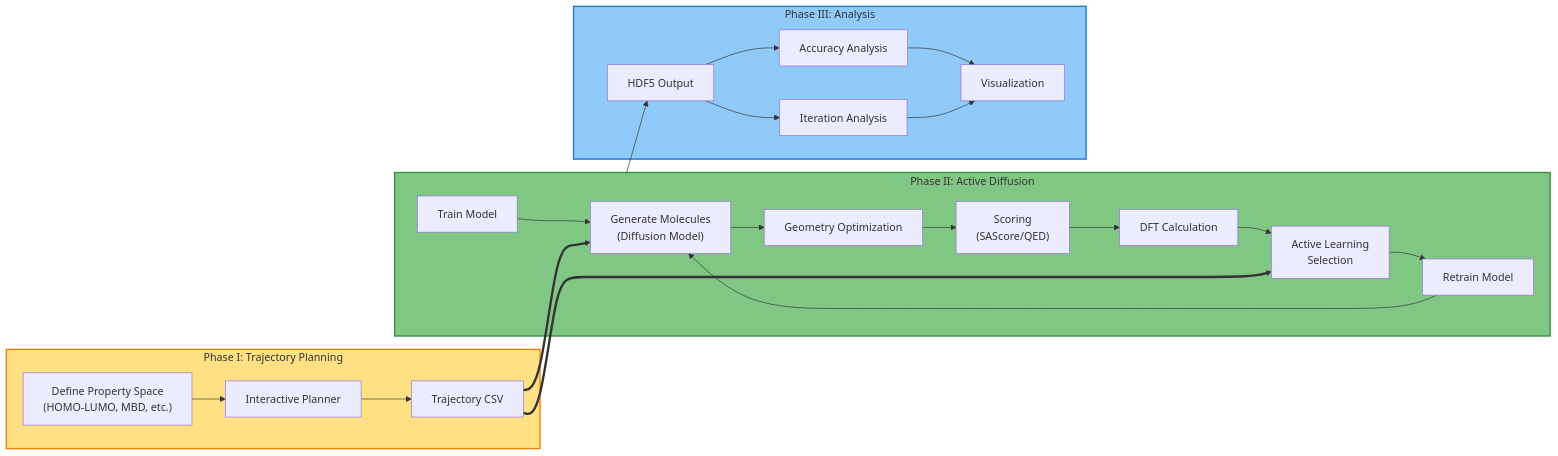
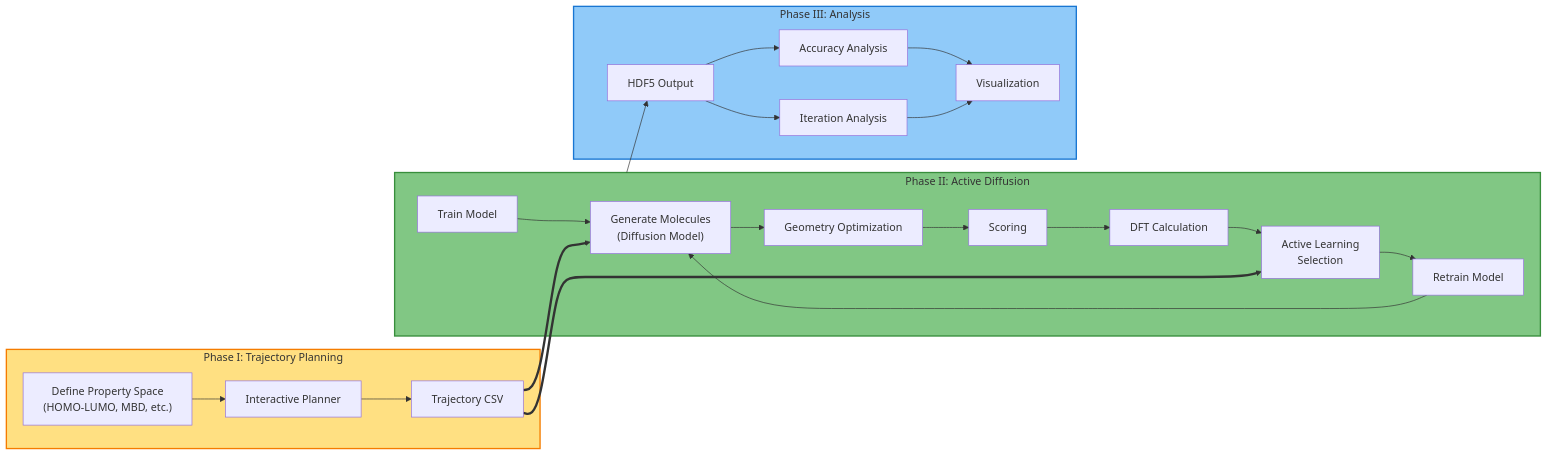
Before and after one commit to lmedranos/qalpa: the first of 2 diagrams in README.md, drawn with Mermaid. The commit also changed other lines of this file, not shown here.

````diff
--- a/README.md
+++ b/README.md
@@ -24,40 +24,40 @@
 ```mermaid
 flowchart LR
     subgraph phase1["Phase I: Trajectory Planning"]
         A["Define Property Space<br/>(HOMO-LUMO, MBD, etc.)"]
         B["Interactive Planner"]
         C["Trajectory CSV"]
         A --> B --> C
     end
     
     subgraph phase2["Phase II: Active Diffusion"]
         T["Train Model"]
         D["Generate Molecules<br/>(Diffusion Model)"]
         G["Geometry Optimization"]
         R["Retrain Model"]
-        S["Scoring<br/>(SAScore/QED)"]
+        S["Scoring"]
         F["Active Learning<br/>Selection"]
         E["DFT Calculation"]
         
         T --> D --> G --> S--> E --> F --> R --> D
     end
     
     subgraph phase3["Phase III:  Analysis"]
         H["HDF5 Output"]
         I["Accuracy Analysis"]
         J["Iteration Analysis"]
         K["Visualization"]
         H --> I
         H --> J
         I --> K
         J --> K
     end
     
     C ==> D
     C ==> F
     phase2 --> H
     
     style phase1 fill:#FFE082,stroke:#F57C00,stroke-width: 2px
     style phase2 fill:#81C784,stroke:#388E3C,stroke-width: 2px
     style phase3 fill:#90CAF9,stroke:#1976D2,stroke-width: 2px
 ```
````
